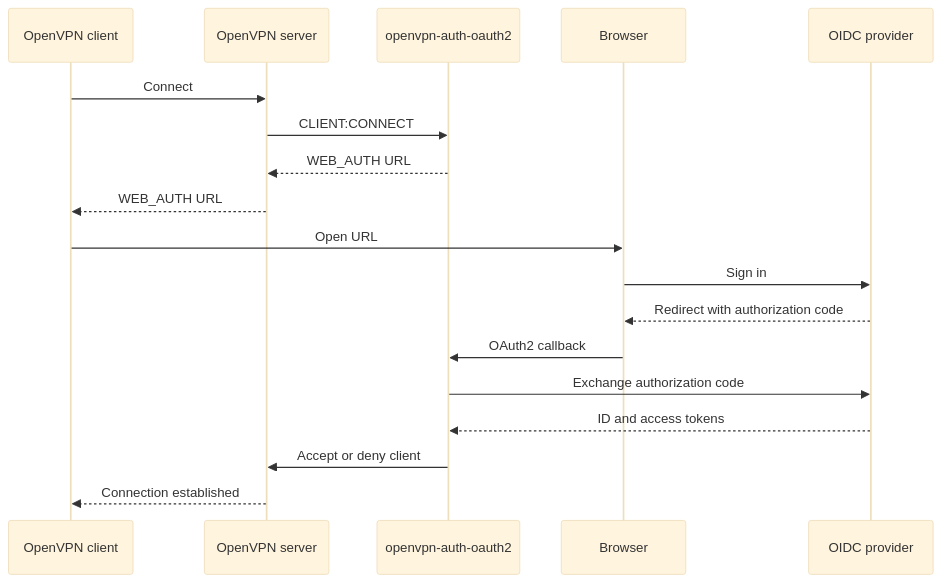
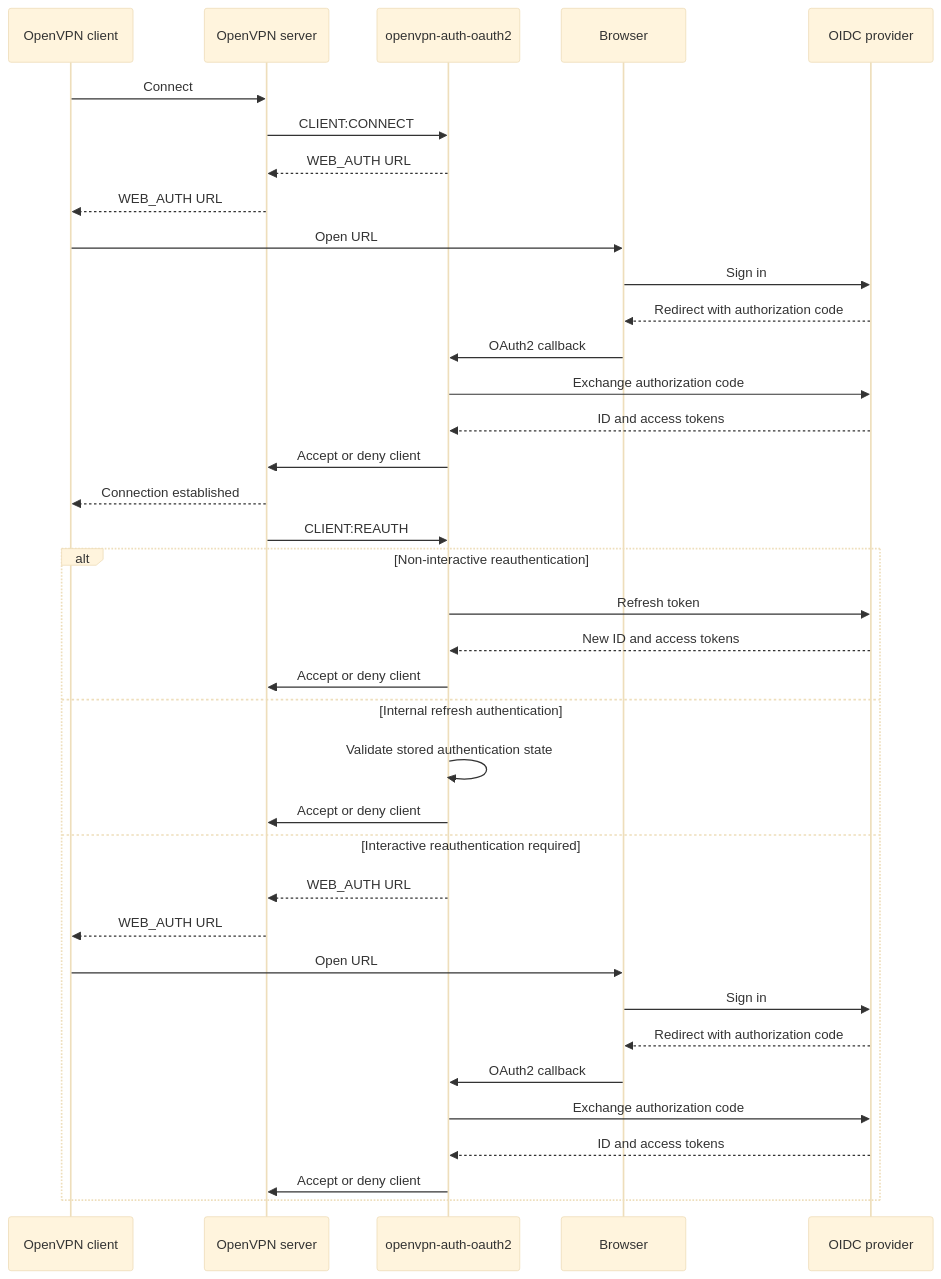
Before and after one commit to jkroepke/openvpn-auth-oauth2: the diagram in docs/Home.md, drawn with Mermaid (base theme).

Commit message:
docs: document reauthentication flow

````diff
--- a/docs/Home.md
+++ b/docs/Home.md
@@ -62,21 +62,41 @@
 ```mermaid
 sequenceDiagram
     participant Client as OpenVPN client
     participant Server as OpenVPN server
     participant Auth as openvpn-auth-oauth2
     participant Browser
     participant IdP as OIDC provider
 
     Client->>Server: Connect
     Server->>Auth: CLIENT:CONNECT
     Auth-->>Server: WEB_AUTH URL
     Server-->>Client: WEB_AUTH URL
     Client->>Browser: Open URL
     Browser->>IdP: Sign in
     IdP-->>Browser: Redirect with authorization code
     Browser->>Auth: OAuth2 callback
     Auth->>IdP: Exchange authorization code
     IdP-->>Auth: ID and access tokens
     Auth->>Server: Accept or deny client
     Server-->>Client: Connection established
+
+    Server->>Auth: CLIENT:REAUTH
+    alt Non-interactive reauthentication
+        Auth->>IdP: Refresh token
+        IdP-->>Auth: New ID and access tokens
+        Auth->>Server: Accept or deny client
+    else Internal refresh authentication
+        Auth->>Auth: Validate stored authentication state
+        Auth->>Server: Accept or deny client
+    else Interactive reauthentication required
+        Auth-->>Server: WEB_AUTH URL
+        Server-->>Client: WEB_AUTH URL
+        Client->>Browser: Open URL
+        Browser->>IdP: Sign in
+        IdP-->>Browser: Redirect with authorization code
+        Browser->>Auth: OAuth2 callback
+        Auth->>IdP: Exchange authorization code
+        IdP-->>Auth: ID and access tokens
+        Auth->>Server: Accept or deny client
+    end
 ```
````
